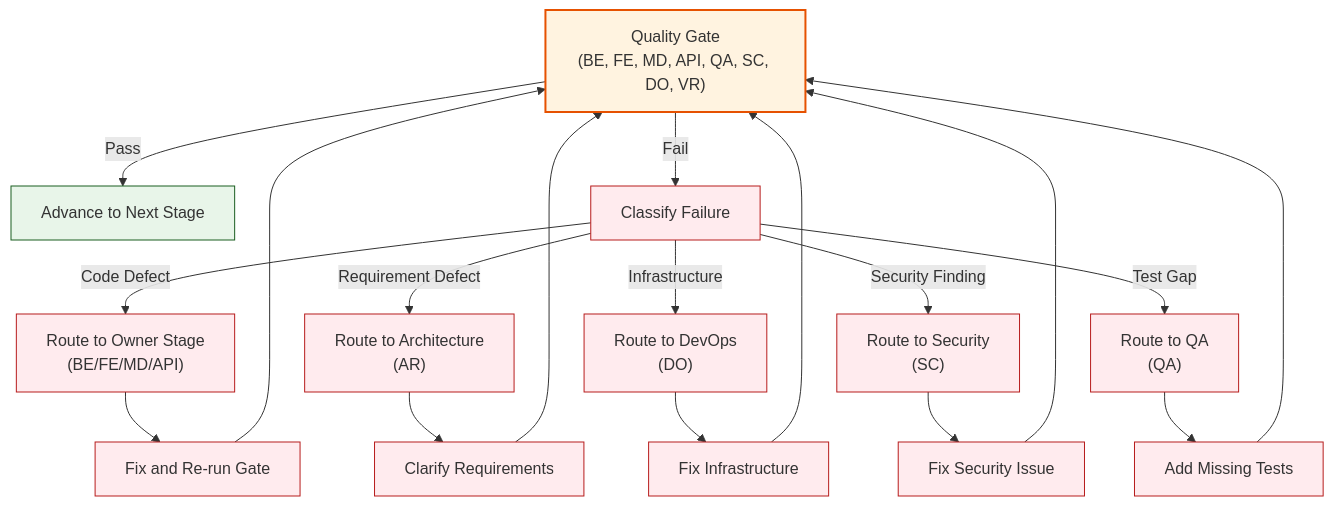
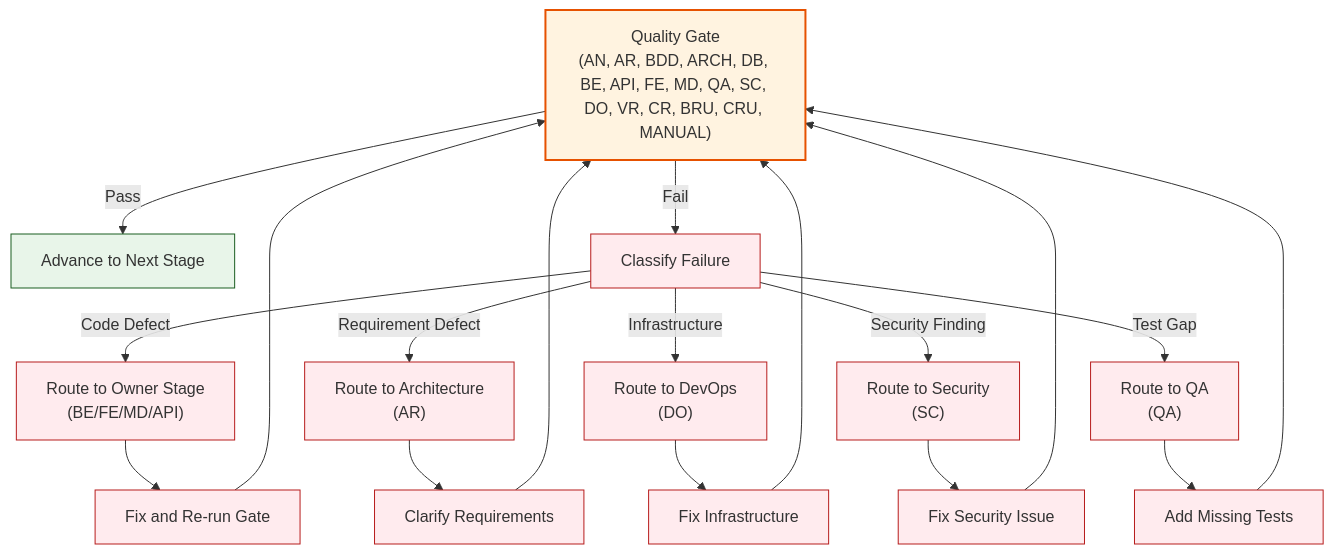
Before and after one commit to sdd-ra/sddra: diagram 21 of 21 in README.md, drawn with Mermaid. The commit also changed other lines of this file, not shown here.

````diff
--- a/README.md
+++ b/README.md
@@ -973,33 +975,33 @@
 ```mermaid
 graph TB
-    GATE["Quality Gate<br/>(BE, FE, MD, API, QA, SC, DO, VR)"]
+    GATE["Quality Gate<br/>(AN, AR, BDD, ARCH, DB, BE, API, FE, MD, QA, SC, DO, VR, CR, BRU, CRU, MANUAL)"]
 
     GATE -->|"Pass"| NEXT["Advance to Next Stage"]
     GATE -->|"Fail"| CLASSIFY["Classify Failure"]
 
     CLASSIFY -->|"Code Defect"| OWNER["Route to Owner Stage<br/>(BE/FE/MD/API)"]
     CLASSIFY -->|"Requirement Defect"| AR["Route to Architecture<br/>(AR)"]
     CLASSIFY -->|"Infrastructure"| DO["Route to DevOps<br/>(DO)"]
     CLASSIFY -->|"Security Finding"| SC["Route to Security<br/>(SC)"]
     CLASSIFY -->|"Test Gap"| QA["Route to QA<br/>(QA)"]
 
     OWNER --> FIX["Fix and Re-run Gate"]
     AR --> CLARIFY["Clarify Requirements"]
     DO --> INFRA_FIX["Fix Infrastructure"]
     SC --> SEC_FIX["Fix Security Issue"]
     QA --> TEST_FIX["Add Missing Tests"]
 
     FIX --> GATE
     CLARIFY --> GATE
     INFRA_FIX --> GATE
     SEC_FIX --> GATE
     TEST_FIX --> GATE
 
     classDef gate fill:#fff3e0,stroke:#e65100,stroke-width:2px;
     classDef pass fill:#e8f5e9,stroke:#1b5e20,stroke-width:1px;
     classDef fail fill:#ffebee,stroke:#b71c1c,stroke-width:1px;
 
     class GATE gate
     class NEXT pass
     class CLASSIFY,OWNER,AR,DO,SC,QA,FIX,CLARIFY,INFRA_FIX,SEC_FIX,TEST_FIX fail
 ```
````
